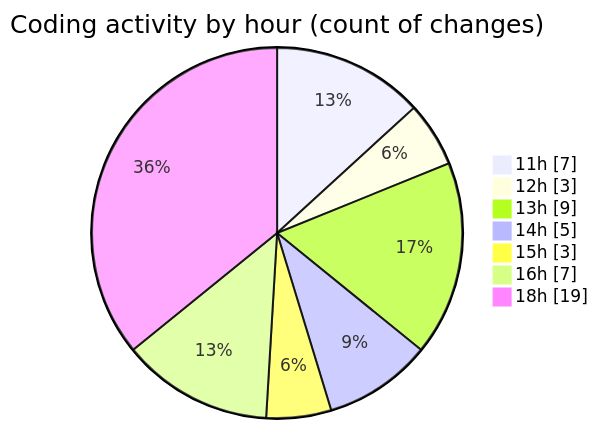
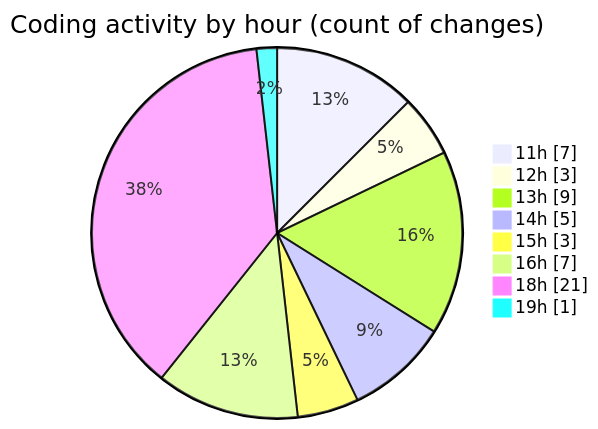
The second of 2 diagrams in 2025-10-20/usr_aleoudev_fr__workspace_/README.md (julien-gomy/code-tracking), drawn with Mermaid before and after one commit. The commit also changed other lines of this file and 1 other file, not shown here.

````diff
--- a/2025-10-20/usr_aleoudev_fr__workspace_/README.md
+++ b/2025-10-20/usr_aleoudev_fr__workspace_/README.md
@@ -34,11 +34,12 @@
 ```mermaid
 pie showData
 title Coding activity by hour (count of changes)
 "11h" : 7
 "12h" : 3
 "13h" : 9
 "14h" : 5
 "15h" : 3
 "16h" : 7
-"18h" : 19
+"18h" : 21
+"19h" : 1
 ```
````
